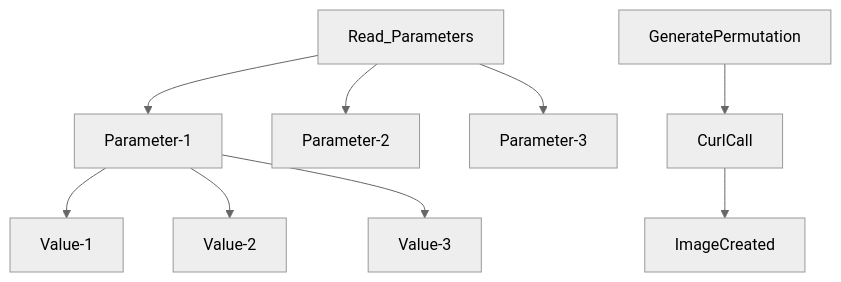
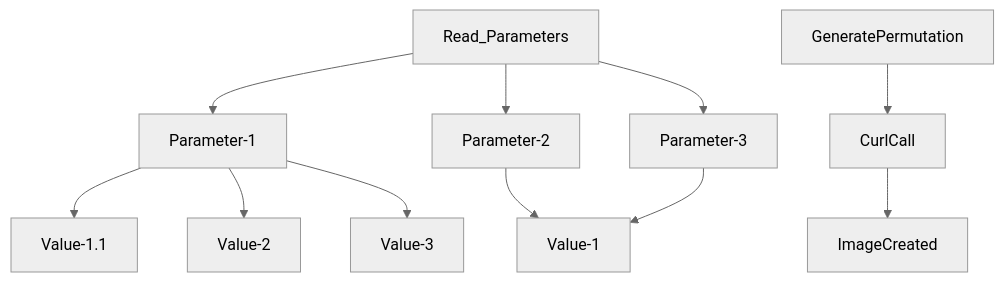
One commit to daedon/Fooocus-API-XYZ changed the diagram in README.md. Above: the diagram before and after it, drawn with Mermaid (neutral theme).

````diff
--- a/README.md
+++ b/README.md
@@ -144,11 +144,14 @@
 ```mermaid
 graph TD;
     Read_Parameters-->Parameter-1;
     Read_Parameters-->Parameter-2;
     Read_Parameters-->Parameter-3;
-    Parameter-1-->Value-1;
+    Parameter-1-->Value-1.1;
     Parameter-1-->Value-2;
     Parameter-1-->Value-3;
+    Parameter-2-->Value-1;
+    Parameter-3-->Value-1;
+
     GeneratePermutation-->CurlCall;
     CurlCall-->ImageCreated;
 ```
````
